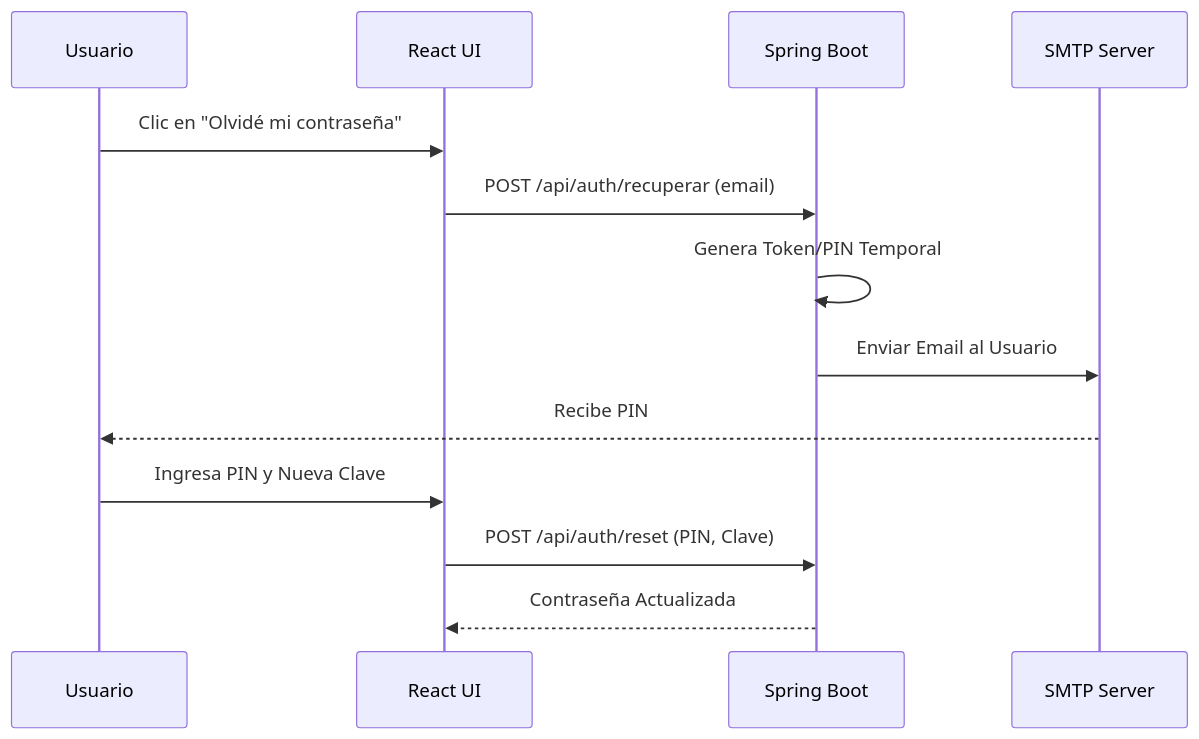
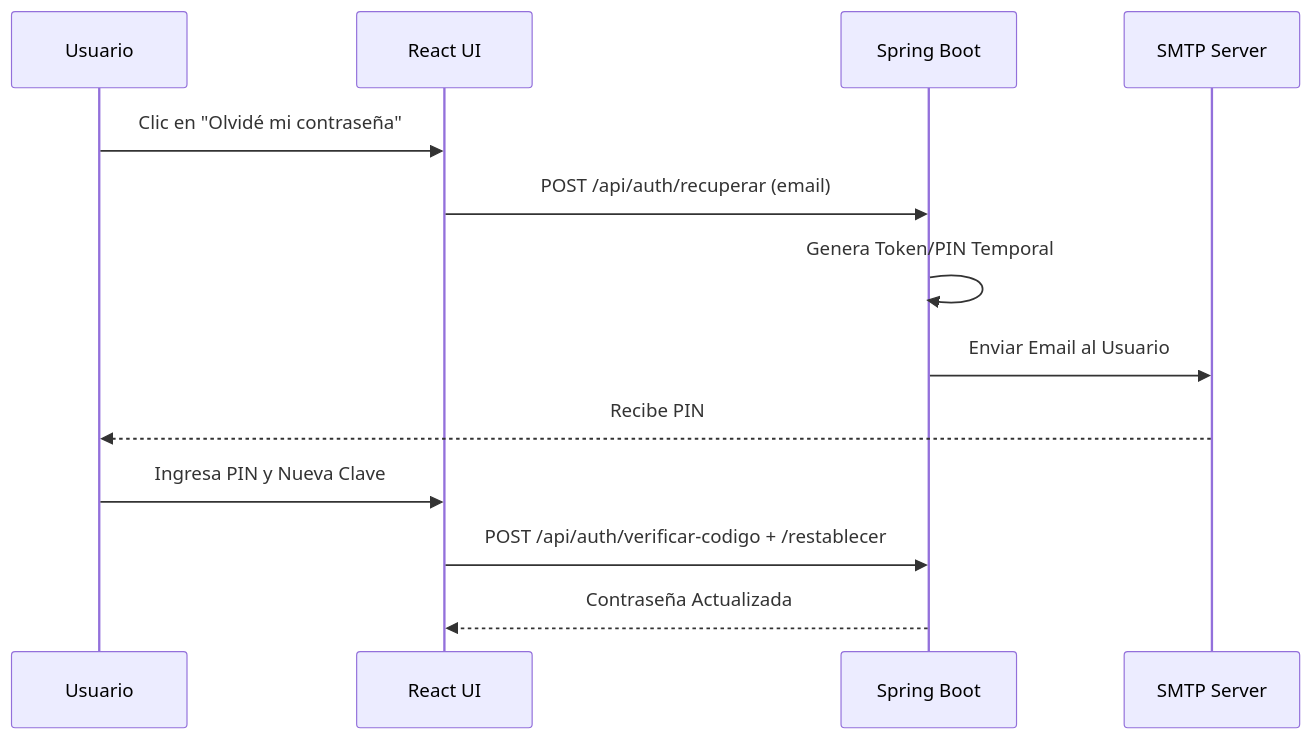
Before and after one commit to CarlosOrozco-1/gestion-inventario-sprinReact: the fourth of 4 diagrams in docs/diagramas/flujo_modulos.md, drawn with Mermaid. The commit also changed other lines of this file and 60 other files, not shown here.

````diff
--- a/docs/diagramas/flujo_modulos.md
+++ b/docs/diagramas/flujo_modulos.md
@@ -46,16 +63,16 @@
 ```mermaid
 sequenceDiagram
     participant Usuario
     participant React UI
     participant Spring Boot
     participant SMTP Server
     
     Usuario->>React UI: Clic en "Olvidé mi contraseña"
     React UI->>Spring Boot: POST /api/auth/recuperar (email)
     Spring Boot->>Spring Boot: Genera Token/PIN Temporal
     Spring Boot->>SMTP Server: Enviar Email al Usuario
     SMTP Server-->>Usuario: Recibe PIN
     Usuario->>React UI: Ingresa PIN y Nueva Clave
-    React UI->>Spring Boot: POST /api/auth/reset (PIN, Clave)
+    React UI->>Spring Boot: POST /api/auth/verificar-codigo + /restablecer
     Spring Boot-->>React UI: Contraseña Actualizada
 ```
````
